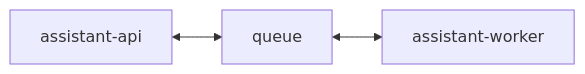
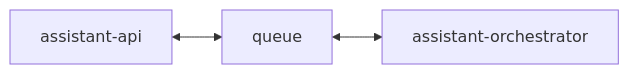
The diagram in docs/services/queue.md (vinitu/my-concierge), drawn with Mermaid before and after one commit. The commit also changed other lines of this file and 195 other files, not shown here.

First line of the commit message:
refactor: update application modules and remove assistant-worker

````diff
--- a/docs/services/queue.md
+++ b/docs/services/queue.md
@@ -18,5 +18,5 @@
 ```mermaid
 flowchart LR
     API["assistant-api"] <--> Q["queue"]
-    Q <--> Worker["assistant-worker"]
+    Q <--> Worker["assistant-orchestrator"]
 ```
````
